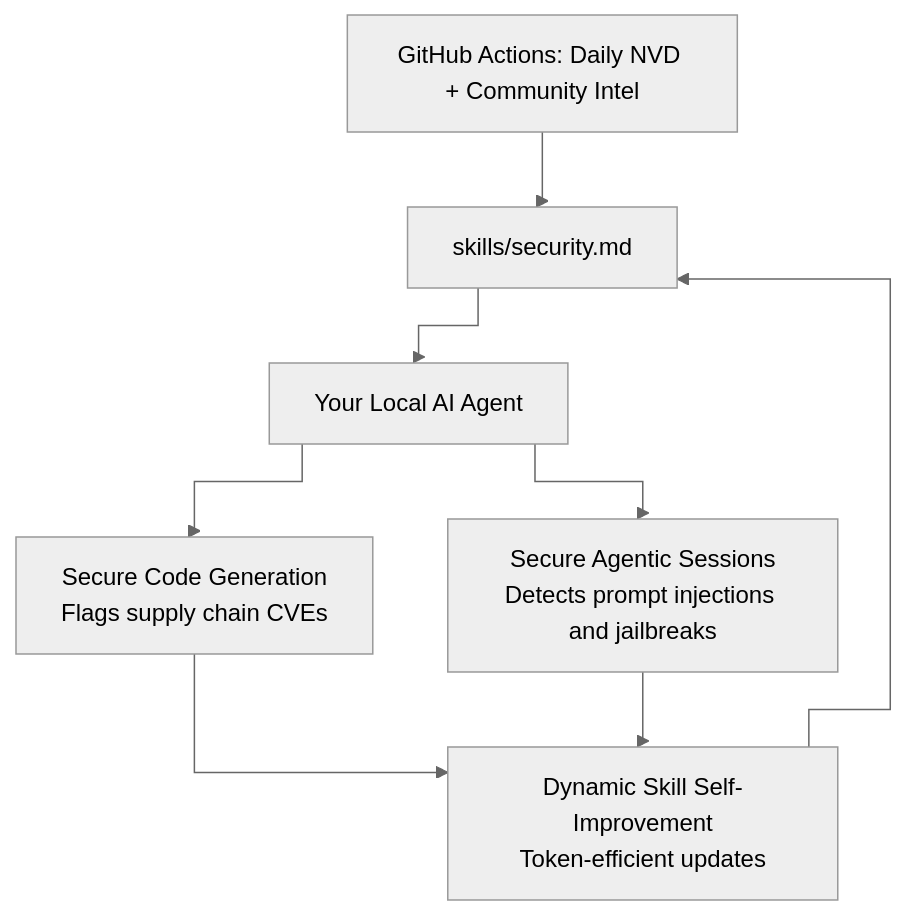
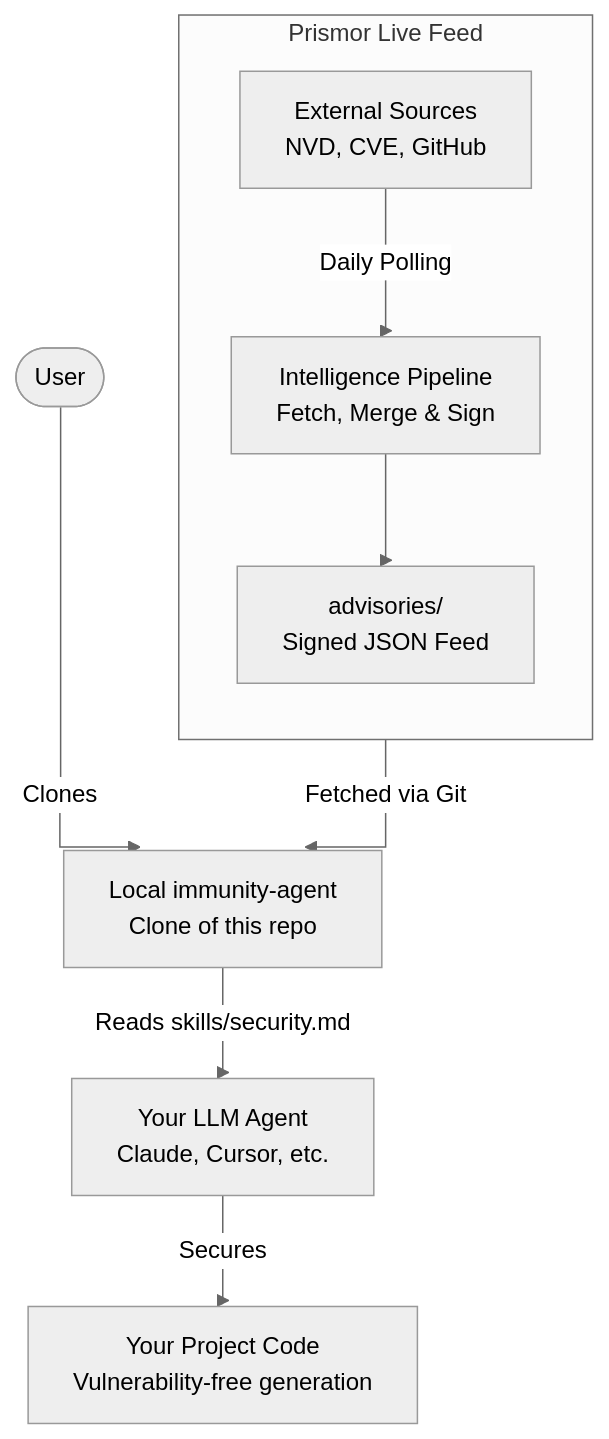
One commit to Priyansh10ff/immunity-agent changed the diagram in README.md. Above: the diagram before and after it, drawn with Mermaid (neutral theme). The commit also changed other lines of this file, not shown here.

Commit message:
Update README with detailed Prismor Live Feed diagram

````diff
--- a/README.md
+++ b/README.md
@@ -27,18 +27,14 @@
 ```mermaid
 %%{init: {"flowchart": {"curve": "stepBefore"}}}%%
 flowchart TD
-    NVD[GitHub Actions: Daily NVD + Community Intel]
-    SKILL[skills/security.md]
-    AGENT[Your Local AI Agent]
-    CODE[Secure Code Generation\nFlags supply chain CVEs]
-    SESSION[Secure Agentic Sessions\nDetects prompt injections and jailbreaks]
-    IMPROVE[Dynamic Skill Self-Improvement\nToken-efficient updates]
+    subgraph PRISMOR [Prismor Live Feed]
+        direction TB
+        SOURCES[External Sources\nNVD, CVE, GitHub] -->|Daily Polling| PIPE[Intelligence Pipeline\nFetch, Merge & Sign]
+        PIPE --> FEED[advisories/\nSigned JSON Feed]
+    end
 
-    NVD --> SKILL
-    SKILL --> AGENT
-    AGENT --> CODE
-    AGENT --> SESSION
-    CODE --> IMPROVE
-    SESSION --> IMPROVE
-    IMPROVE --> SKILL
+    USER([User]) -->|Clones| REPO[Local immunity-agent\nClone of this repo]
+    FEED -->|Fetched via Git| REPO
+    REPO -->|Reads skills/security.md| AGENT[Your LLM Agent\nClaude, Cursor, etc.]
+    AGENT -->|Secures| CODE[Your Project Code\nVulnerability-free generation]
 ```
````
